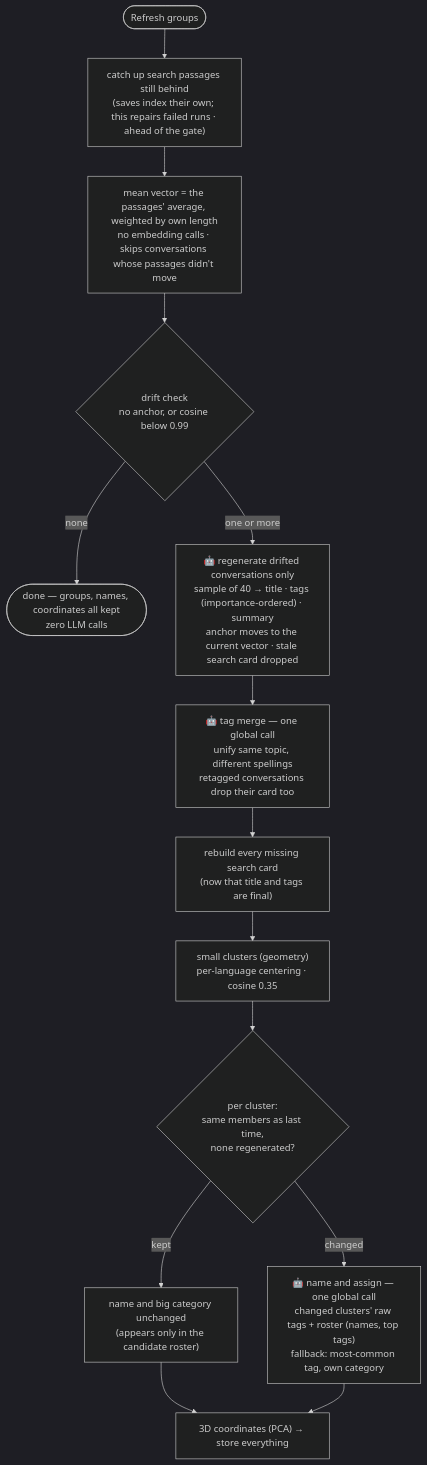
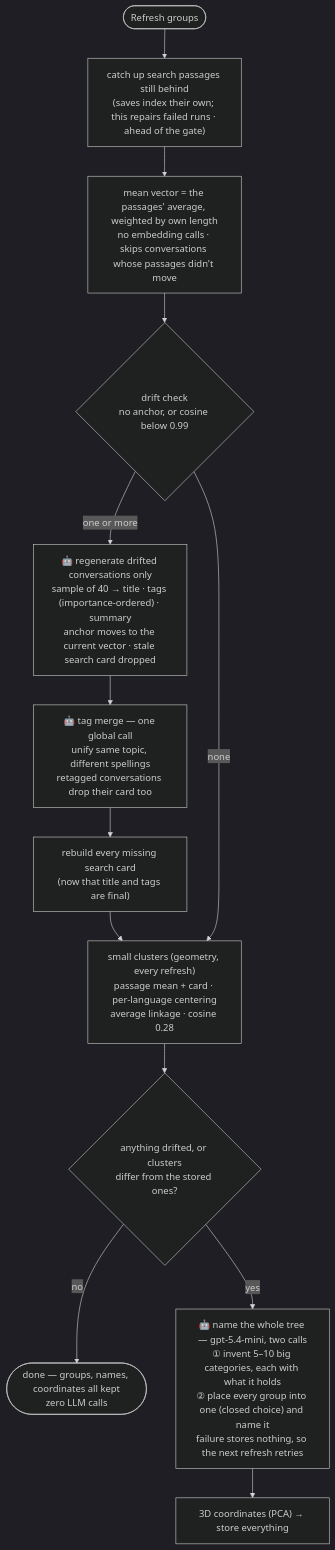
One commit to seung-gu/sgmcp changed the fourth of 4 diagrams in ARCHITECTURE.md. Above: the diagram before and after it, drawn with Mermaid (dark theme). The commit also changed other lines of this file and 3 other files, not shown here.

````diff
--- a/ARCHITECTURE.md
+++ b/ARCHITECTURE.md
@@ -101,16 +102,15 @@
 ```mermaid
 flowchart TD
     S([Refresh groups]) --> C["catch up search passages still behind<br/>(saves index their own; this repairs failed runs · ahead of the gate)"]
     C --> E["mean vector = the passages' average, weighted by own length<br/>no embedding calls · skips conversations whose passages didn't move"]
     E --> G{"drift check<br/>no anchor, or cosine below 0.99"}
-    G -- "none" --> X(["done — groups, names, coordinates all kept<br/>zero LLM calls"])
     G -- "one or more" --> M["🤖 regenerate drifted conversations only<br/>sample of 40 → title · tags (importance-ordered) · summary<br/>anchor moves to the current vector · stale search card dropped"]
     M --> T["🤖 tag merge — one global call<br/>unify same topic, different spellings<br/>retagged conversations drop their card too"]
     T --> RC["rebuild every missing search card<br/>(now that title and tags are final)"]
-    RC --> K["small clusters (geometry)<br/>per-language centering · cosine 0.35"]
-    K --> CH{"per cluster:<br/>same members as last time,<br/>none regenerated?"}
-    CH -- "kept" --> KEEP["name and big category unchanged<br/>(appears only in the candidate roster)"]
-    CH -- "changed" --> N["🤖 name and assign — one global call<br/>changed clusters' raw tags + roster (names, top tags)<br/>fallback: most-common tag, own category"]
-    KEEP --> P["3D coordinates (PCA) → store everything"]
-    N --> P
+    RC --> K
+    G -- "none" --> K["small clusters (geometry, every refresh)<br/>passage mean + card · per-language centering<br/>average linkage · cosine 0.28"]
+    K --> CH{"anything drifted, or clusters<br/>differ from the stored ones?"}
+    CH -- "no" --> X(["done — groups, names, coordinates all kept<br/>zero LLM calls"])
+    CH -- "yes" --> N["🤖 name the whole tree — gpt-5.4-mini, two calls<br/>① invent 5–10 big categories, each with what it holds<br/>② place every group into one (closed choice) and name it<br/>failure stores nothing, so the next refresh retries"]
+    N --> P["3D coordinates (PCA) → store everything"]
 ```
````
